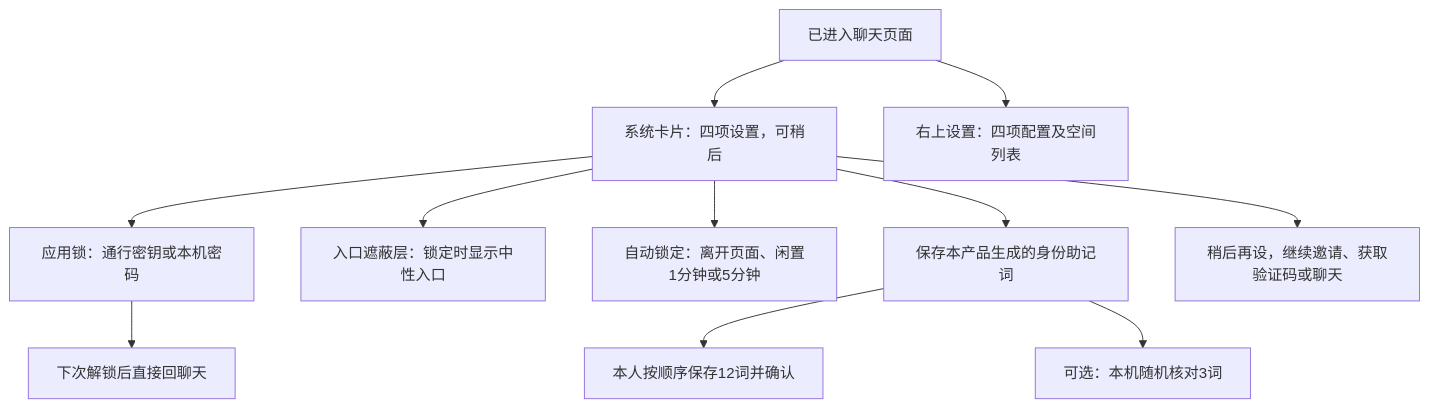
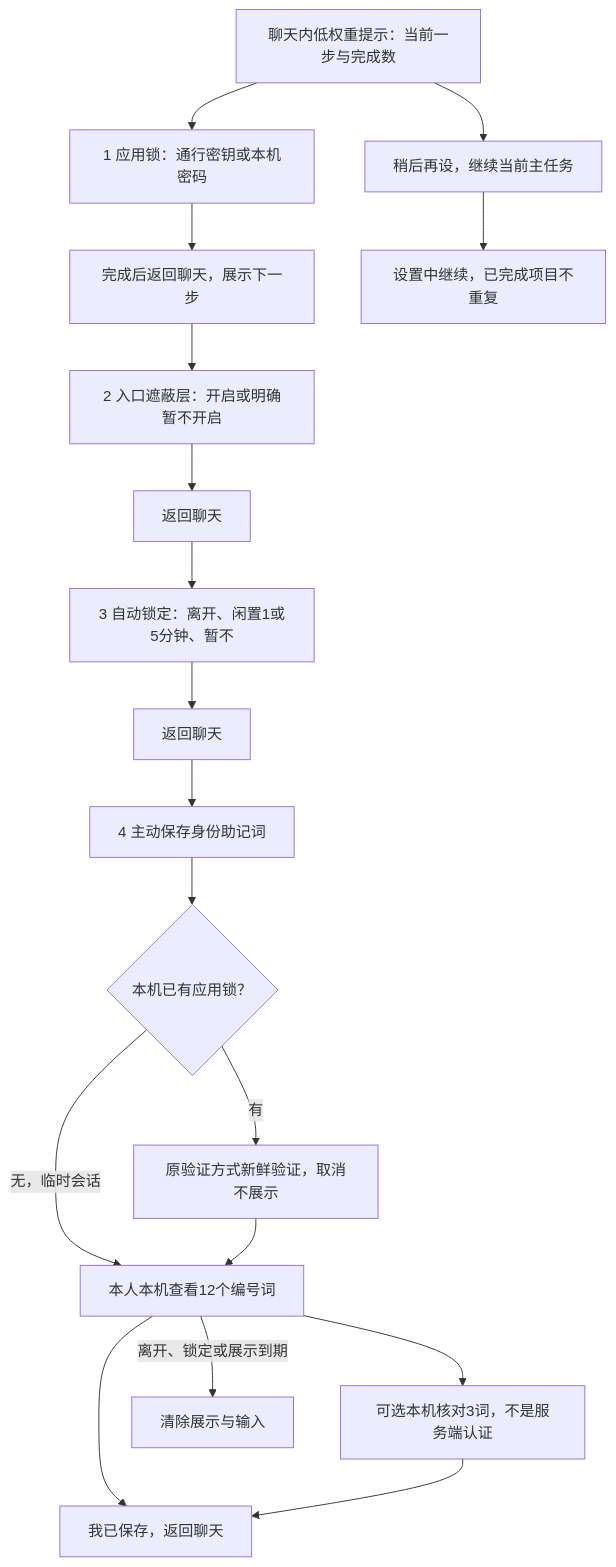
The second of 5 diagrams in docs/requirements/2026-10-16-personal-mnemonic-friends/flow.md (zdaiwmm/shui-IM), drawn with Mermaid before and after one commit. The commit also changed other lines of this file and 3 other files, not shown here.

````diff
--- a/docs/requirements/2026-10-16-personal-mnemonic-friends/flow.md
+++ b/docs/requirements/2026-10-16-personal-mnemonic-friends/flow.md
@@ -43,13 +37,20 @@
 ```mermaid
 flowchart TD
-  CHAT[已进入聊天页面] --> GUIDE[系统卡片：四项设置，可稍后]
-  GUIDE --> LOCK[应用锁：通行密钥或本机密码]
-  GUIDE --> COVER[入口遮蔽层：锁定时显示中性入口]
-  GUIDE --> AUTO[自动锁定：离开页面、闲置1分钟或5分钟]
-  GUIDE --> SEED[保存本产品生成的身份助记词]
-  SEED --> SAVE[本人按顺序保存12词并确认]
-  SEED --> OPTIONAL[可选：本机随机核对3词]
-  GUIDE --> LATER[稍后再设，继续邀请、获取验证码或聊天]
-  CHAT --> SETTINGS[右上设置：四项配置及空间列表]
-  LOCK --> DAILY[下次解锁后直接回聊天]
+  CHAT[聊天内低权重提示：当前一步与完成数] --> ONE[1 应用锁：通行密钥或本机密码]
+  ONE --> RETURN1[完成后返回聊天，展示下一步]
+  RETURN1 --> TWO[2 入口遮蔽层：开启或明确暂不开启]
+  TWO --> RETURN2[返回聊天]
+  RETURN2 --> THREE[3 自动锁定：离开、闲置1或5分钟、暂不]
+  THREE --> RETURN3[返回聊天]
+  RETURN3 --> FOUR[4 主动保存身份助记词]
+  FOUR --> AUTH{本机已有应用锁？}
+  AUTH -->|有| FRESH[原验证方式新鲜验证，取消不展示]
+  AUTH -->|无，临时会话| SEED[本人本机查看12个编号词]
+  FRESH --> SEED
+  SEED --> SAVED[我已保存，返回聊天]
+  SEED --> OPTIONAL[可选本机核对3词，不是服务端认证]
+  OPTIONAL --> SAVED
+  SEED -->|离开、锁定或展示到期| HIDE[清除展示与输入]
+  CHAT --> LATER[稍后再设，继续当前主任务]
+  LATER --> SETTINGS[设置中继续，已完成项目不重复]
 ```
````
